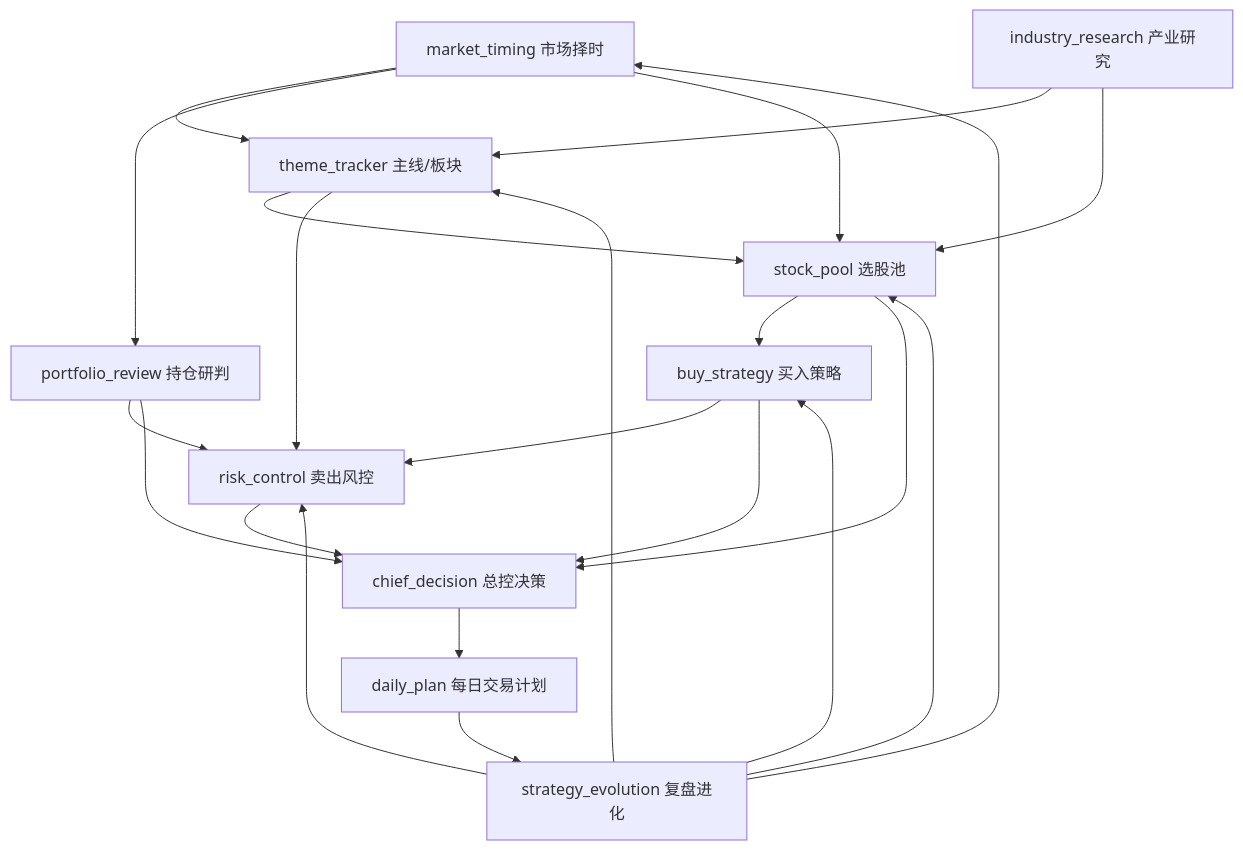
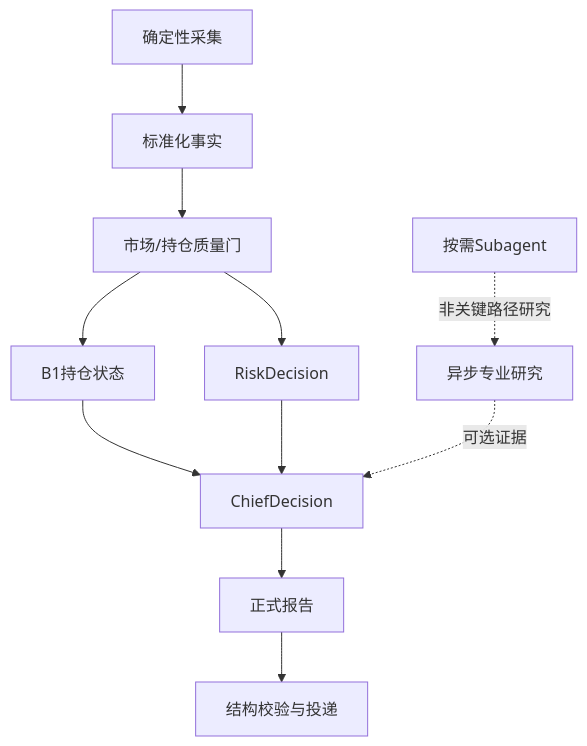
Before and after one commit to littleguohao/Custos: the diagram in 00_governance/MASTER_WORKFLOW.md, drawn with Mermaid. The commit also changed other lines of this file and 10 other files, not shown here.

````diff
--- a/00_governance/MASTER_WORKFLOW.md
+++ b/00_governance/MASTER_WORKFLOW.md
@@ -29,24 +29,13 @@
 ```mermaid
 flowchart TD
-    A[market_timing 市场择时] --> B[theme_tracker 主线/板块]
-    A --> C[portfolio_review 持仓研判]
-    A --> D[stock_pool 选股池]
-    E[industry_research 产业研究] --> B
-    E --> D
-    B --> D
-    D --> F[buy_strategy 买入策略]
-    C --> G[risk_control 卖出风控]
-    F --> G
-    B --> G
-    G --> H[chief_decision 总控决策]
-    F --> H
-    C --> H
-    D --> H
-    H --> I[daily_plan 每日交易计划]
-    I --> J[strategy_evolution 复盘进化]
-    J --> A
-    J --> B
-    J --> D
-    J --> F
-    J --> G
+    A[确定性采集] --> B[标准化事实]
+    B --> C[市场/持仓质量门]
+    C --> D[B1持仓状态]
+    C --> E[RiskDecision]
+    D --> F[ChiefDecision]
+    E --> F
+    F --> G[正式报告]
+    G --> H[结构校验与投递]
+    I[异步专业研究] -. 可选证据 .-> F
+    J[按需Subagent] -. 非关键路径研究 .-> I
 ```
````
